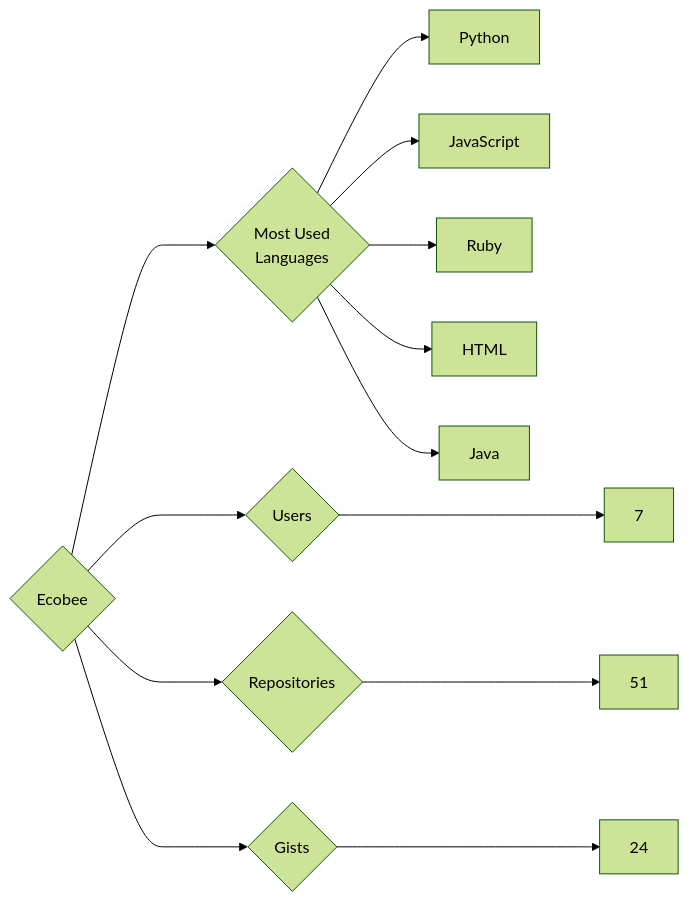
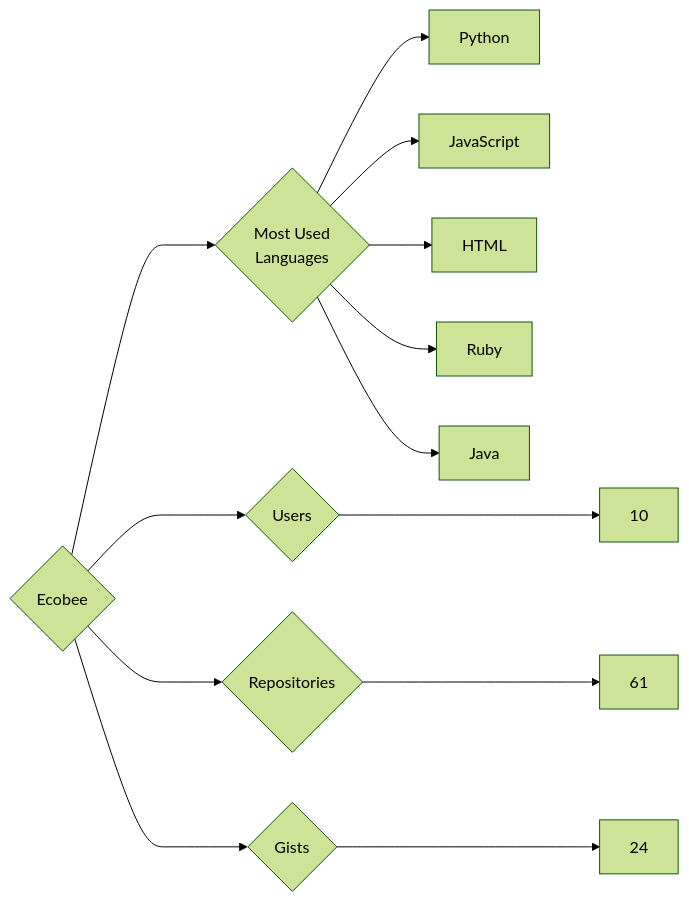
One commit to trickest/insiders changed the diagram in targets/Ecobee/README.md. Above: the diagram before and after it, drawn with Mermaid (forest theme). The commit also changed 1003 other files, not shown here.

````diff
--- a/targets/Ecobee/README.md
+++ b/targets/Ecobee/README.md
@@ -3,13 +3,13 @@
 ```mermaid
 graph LR
 COMPANY_NAME{Ecobee}
-COMPANY_NAME ---> U{Users} ---> UN[7]
-COMPANY_NAME ---> R{Repositories} ---> RN[51]
+COMPANY_NAME ---> U{Users} ---> UN[10]
+COMPANY_NAME ---> R{Repositories} ---> RN[61]
 COMPANY_NAME ---> G{Gists} ---> GN[24]
 COMPANY_NAME ---> ML{Most Used<br>Languages}
 ML --> Python[Python]
 ML --> JavaScript[JavaScript]
+ML --> HTML[HTML]
 ML --> Ruby[Ruby]
-ML --> HTML[HTML]
 ML --> Java[Java]
 ```
````
